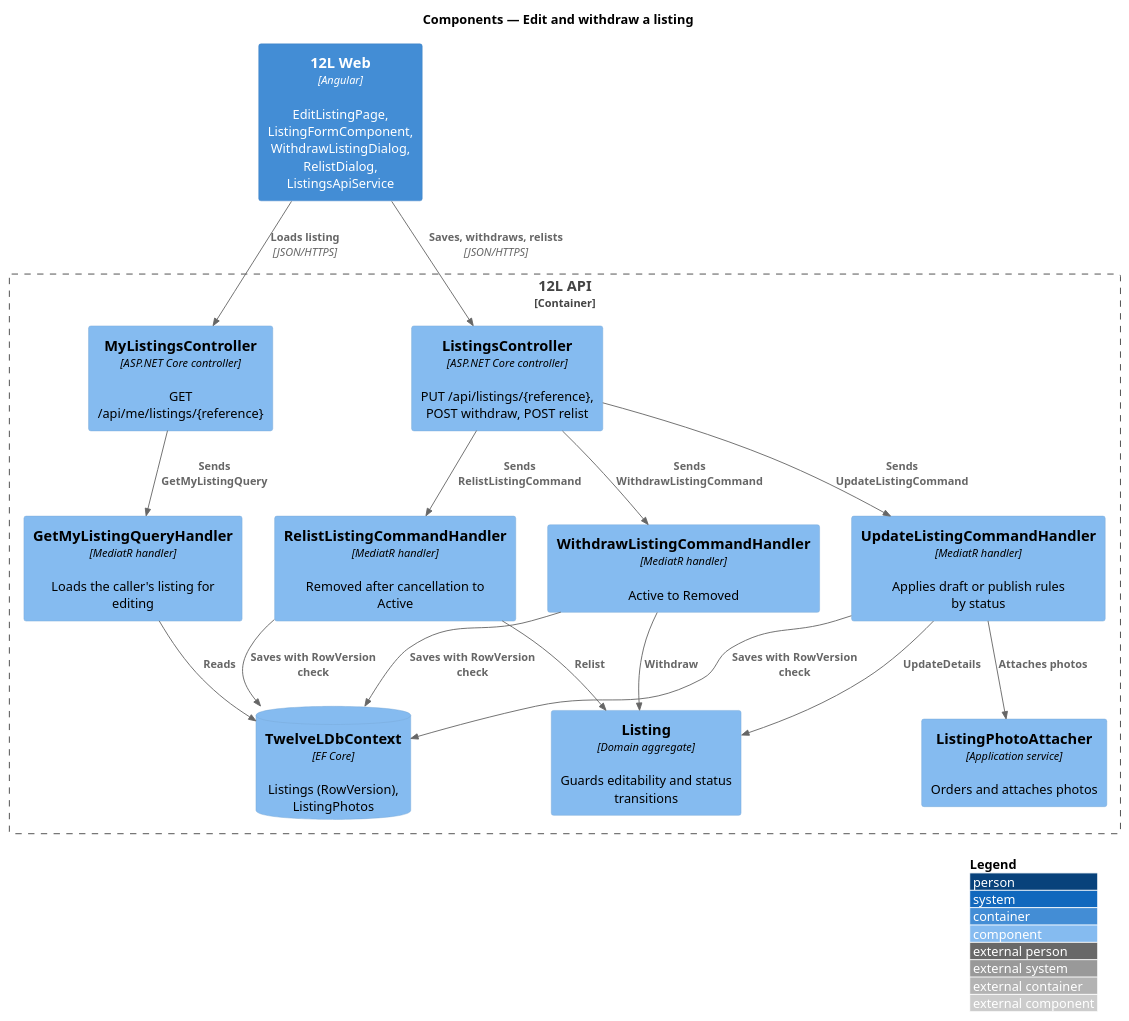
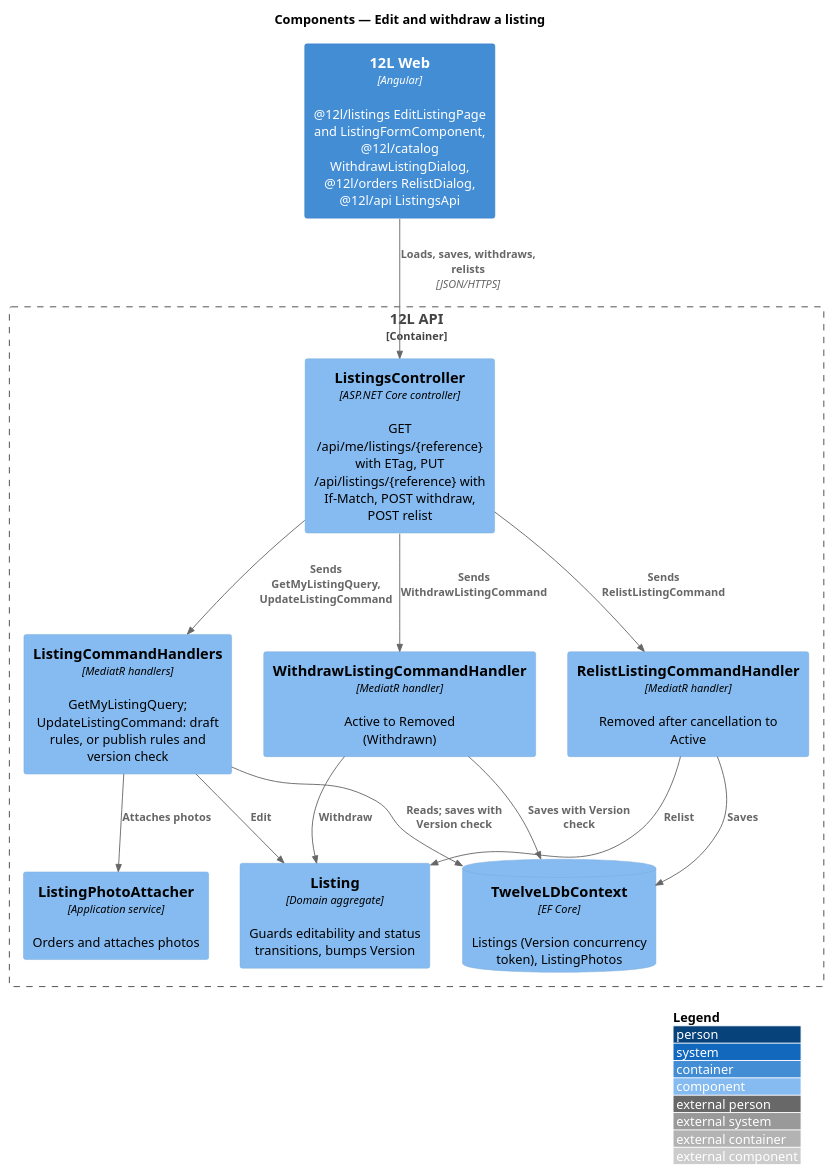
Before and after one commit to QuinntyneBrown/12l: the diagram in docs/detailed-designs/listings/edit-and-withdraw-listing/diagrams/c4-component.puml, drawn with PlantUML. The commit also changed 18 other files, not shown here.

Commit message:
Document edit-and-withdraw-listing: design, ADR listings/0003, mocks, L2-020, composition, estimates

```diff
--- a/docs/detailed-designs/listings/edit-and-withdraw-listing/diagrams/c4-component.puml
+++ b/docs/detailed-designs/listings/edit-and-withdraw-listing/diagrams/c4-component.puml
@@ -1,32 +1,27 @@
 @startuml
 !include <C4/C4_Component>
 LAYOUT_WITH_LEGEND()
 title Components — Edit and withdraw a listing
 
-Container(web, "12L Web", "Angular", "EditListingPage, ListingFormComponent, WithdrawListingDialog, RelistDialog, ListingsApiService")
+Container(web, "12L Web", "Angular", "@12l/listings EditListingPage and ListingFormComponent, @12l/catalog WithdrawListingDialog, @12l/orders RelistDialog, @12l/api ListingsApi")
 Container_Boundary(api, "12L API") {
-  Component(myCtrl, "MyListingsController", "ASP.NET Core controller", "GET /api/me/listings/{reference}")
-  Component(ctrl, "ListingsController", "ASP.NET Core controller", "PUT /api/listings/{reference}, POST withdraw, POST relist")
-  Component(query, "GetMyListingQueryHandler", "MediatR handler", "Loads the caller's listing for editing")
-  Component(update, "UpdateListingCommandHandler", "MediatR handler", "Applies draft or publish rules by status")
-  Component(withdraw, "WithdrawListingCommandHandler", "MediatR handler", "Active to Removed")
+  Component(ctrl, "ListingsController", "ASP.NET Core controller", "GET /api/me/listings/{reference} with ETag, PUT /api/listings/{reference} with If-Match, POST withdraw, POST relist")
+  Component(update, "ListingCommandHandlers", "MediatR handlers", "GetMyListingQuery; UpdateListingCommand: draft rules, or publish rules and version check")
+  Component(withdraw, "WithdrawListingCommandHandler", "MediatR handler", "Active to Removed (Withdrawn)")
   Component(relist, "RelistListingCommandHandler", "MediatR handler", "Removed after cancellation to Active")
   Component(attacher, "ListingPhotoAttacher", "Application service", "Orders and attaches photos")
-  Component(entity, "Listing", "Domain aggregate", "Guards editability and status transitions")
-  ComponentDb(db, "TwelveLDbContext", "EF Core", "Listings (RowVersion), ListingPhotos")
+  Component(entity, "Listing", "Domain aggregate", "Guards editability and status transitions, bumps Version")
+  ComponentDb(db, "TwelveLDbContext", "EF Core", "Listings (Version concurrency token), ListingPhotos")
 }
-Rel(web, myCtrl, "Loads listing", "JSON/HTTPS")
-Rel(web, ctrl, "Saves, withdraws, relists", "JSON/HTTPS")
-Rel(myCtrl, query, "Sends GetMyListingQuery")
-Rel(ctrl, update, "Sends UpdateListingCommand")
+Rel(web, ctrl, "Loads, saves, withdraws, relists", "JSON/HTTPS")
+Rel(ctrl, update, "Sends GetMyListingQuery, UpdateListingCommand")
 Rel(ctrl, withdraw, "Sends WithdrawListingCommand")
 Rel(ctrl, relist, "Sends RelistListingCommand")
 Rel(update, attacher, "Attaches photos")
-Rel(update, entity, "UpdateDetails")
+Rel(update, entity, "Edit")
 Rel(withdraw, entity, "Withdraw")
 Rel(relist, entity, "Relist")
-Rel(query, db, "Reads")
-Rel(update, db, "Saves with RowVersion check")
-Rel(withdraw, db, "Saves with RowVersion check")
-Rel(relist, db, "Saves with RowVersion check")
+Rel(update, db, "Reads; saves with Version check")
+Rel(withdraw, db, "Saves with Version check")
+Rel(relist, db, "Saves")
 @enduml
```
